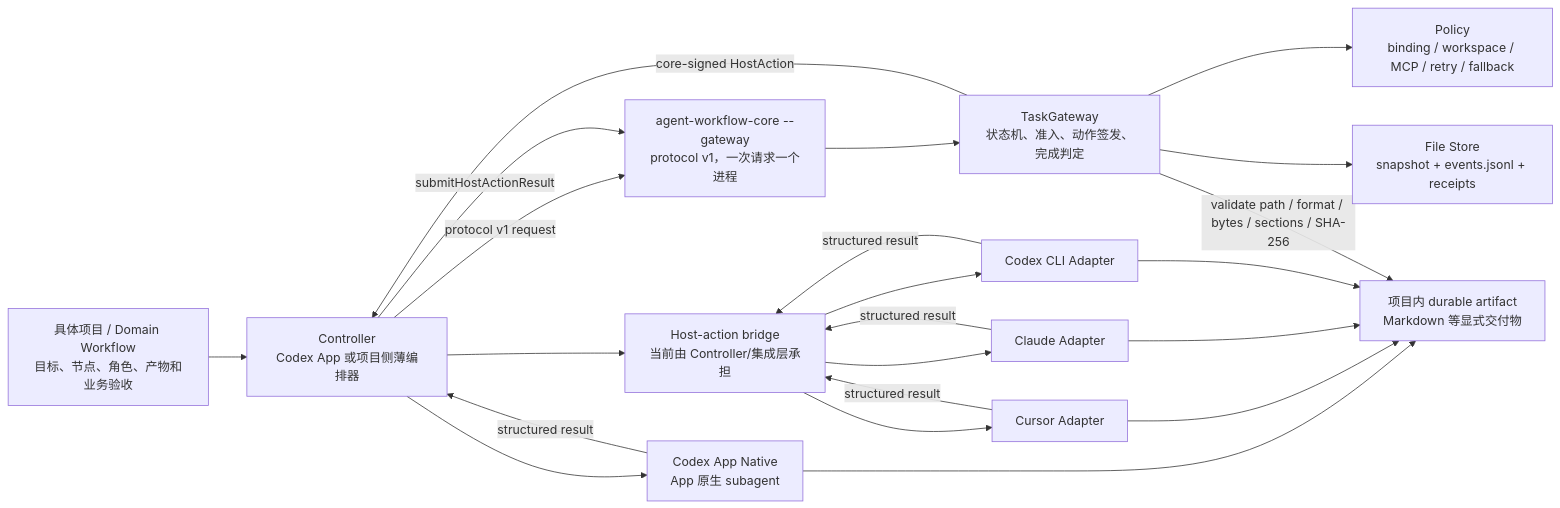
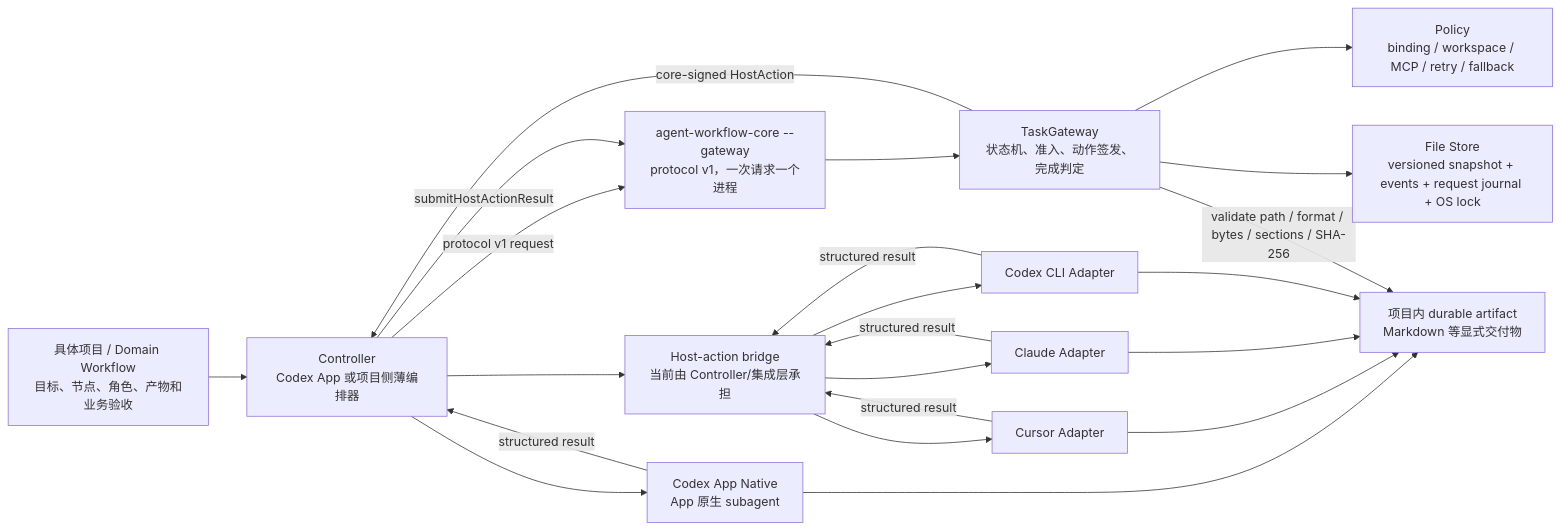
Before and after one commit to Ice-Maple/agent-workflow-toolkit: the first of 2 diagrams in docs/architecture/multi-agent-orchestration-architecture.md, drawn with Mermaid. The commit also changed other lines of this file and 26 other files, not shown here.

````diff
--- a/docs/architecture/multi-agent-orchestration-architecture.md
+++ b/docs/architecture/multi-agent-orchestration-architecture.md
@@ -24,37 +24,37 @@
 ```mermaid
 flowchart LR
     Domain["具体项目 / Domain Workflow<br/>目标、节点、角色、产物和业务验收"]
     Controller["Controller<br/>Codex App 或项目侧薄编排器"]
     CLI["agent-workflow-core --gateway<br/>protocol v1，一次请求一个进程"]
     Core["TaskGateway<br/>状态机、准入、动作签发、完成判定"]
     Policy["Policy<br/>binding / workspace / MCP / retry / fallback"]
-    Store["File Store<br/>snapshot + events.jsonl + receipts"]
+    Store["File Store<br/>versioned snapshot + events + request journal + OS lock"]
     Native["Codex App Native<br/>App 原生 subagent"]
     Bridge["Host-action bridge<br/>当前由 Controller/集成层承担"]
     Cursor["Cursor Adapter"]
     Claude["Claude Adapter"]
     Codex["Codex CLI Adapter"]
     Artifact["项目内 durable artifact<br/>Markdown 等显式交付物"]
 
     Domain --> Controller
     Controller -->|"protocol v1 request"| CLI
     CLI --> Core
     Core --> Policy
     Core --> Store
     Core -->|"core-signed HostAction"| Controller
     Controller --> Native
     Controller --> Bridge
     Bridge --> Cursor
     Bridge --> Claude
     Bridge --> Codex
     Native -->|"structured result"| Controller
     Cursor -->|"structured result"| Bridge
     Claude -->|"structured result"| Bridge
     Codex -->|"structured result"| Bridge
     Controller -->|"submitHostActionResult"| CLI
     Native --> Artifact
     Cursor --> Artifact
     Claude --> Artifact
     Codex --> Artifact
     Core -->|"validate path / format / bytes / sections / SHA-256"| Artifact
 ```
````
